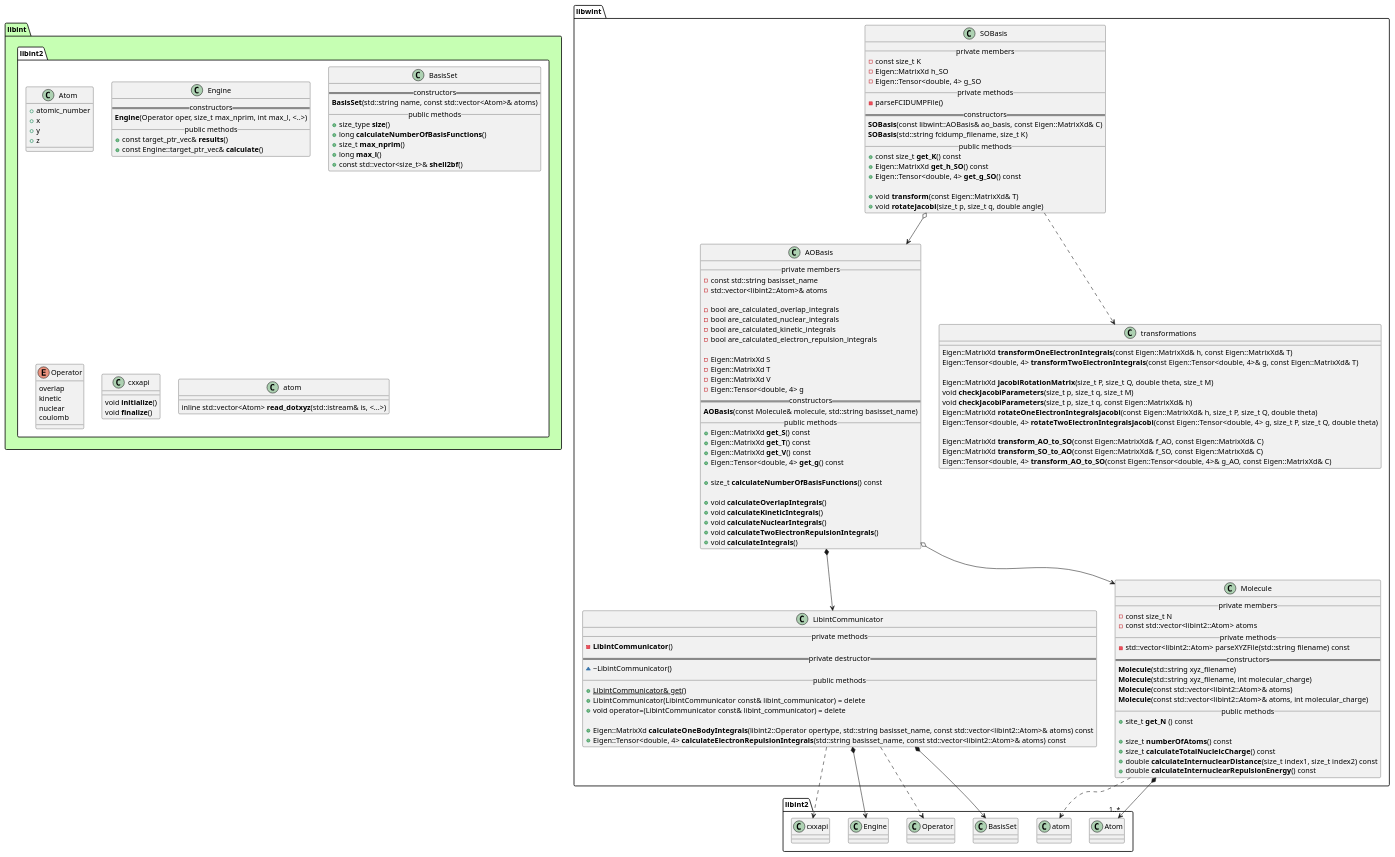
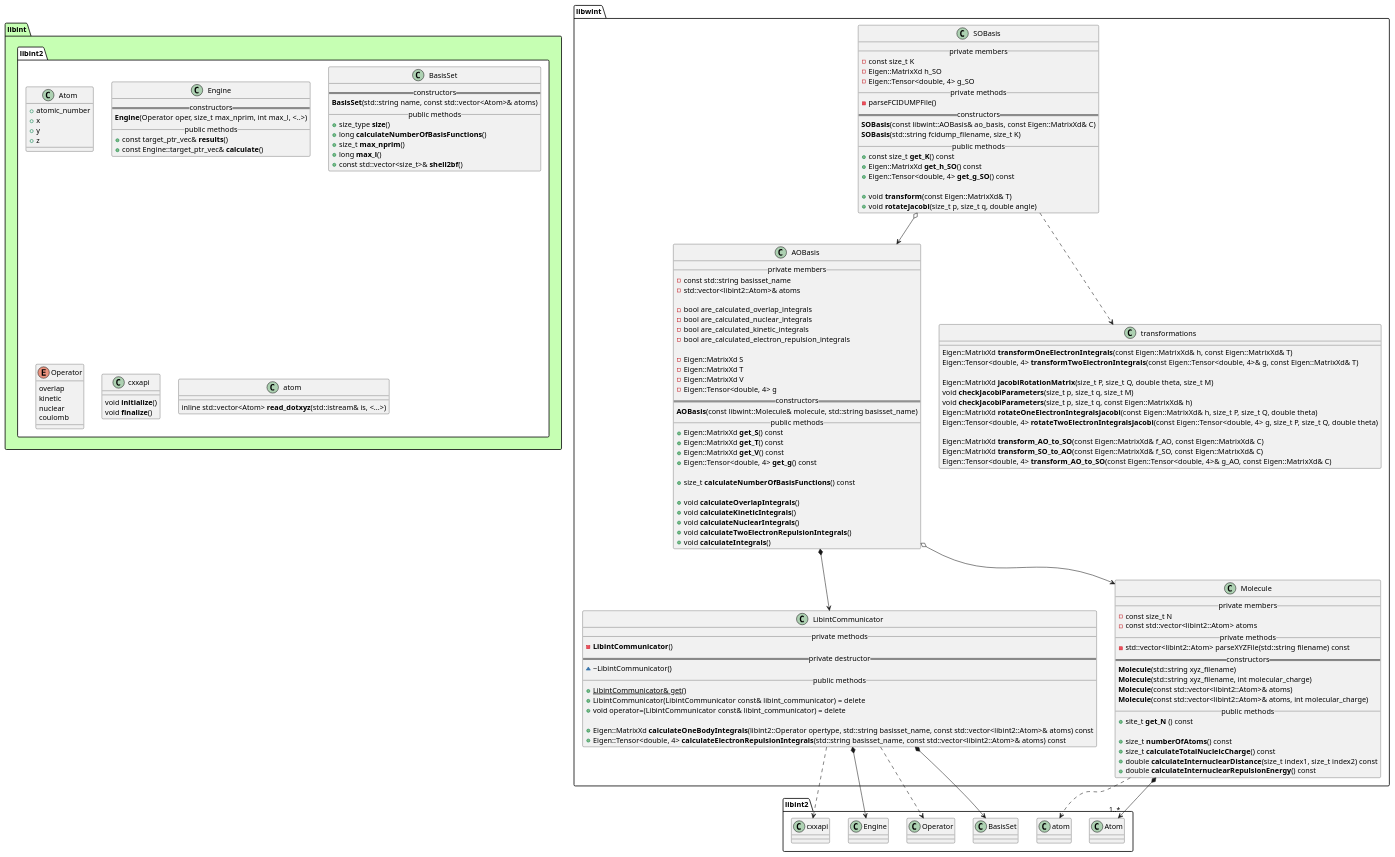
Before and after one commit to tmhuysen/libwint: the diagram in docs/libwint.puml, drawn with PlantUML. The commit also changed 2 other files, not shown here.

```diff
--- a/docs/libwint.puml
+++ b/docs/libwint.puml
@@ -1,179 +1,179 @@
 @startuml
 
 
 
 package libint #c6ffb3 {
     namespace libint2 #ffffff {
         class Atom {
             + atomic_number
             + x
             + y
             + z
         }
 
         class Engine {
             == constructors ==
                 **Engine**(Operator oper, size_t max_nprim, int max_l, <..>)
             __ public methods __
                 + const target_ptr_vec& **results**()
                 + const Engine::target_ptr_vec& **calculate**()
         }
 
         class BasisSet {
             == constructors ==
                 **BasisSet**(std::string name, const std::vector<Atom>& atoms)
             __ public methods __
                 + size_type **size**()
                 + long **calculateNumberOfBasisFunctions**()
                 + size_t **max_nprim**()
                 + long **max_l**()
                 + const std::vector<size_t>& **shell2bf**()
         }
 
         enum Operator {
             overlap
             kinetic
             nuclear
             coulomb
         }
 
         class cxxapi {
                 void **initialize**()
                 void **finalize**()
         }
 
         class atom {
             inline std::vector<Atom> **read_dotxyz**(std::istream& is, <...>)
         }
     }
 }
 
 
 
 
 namespace libwint {
 
     class AOBasis {
         __ private members __
             - const std::string basisset_name
             - std::vector<libint2::Atom>& atoms
 
             - bool are_calculated_overlap_integrals
             - bool are_calculated_nuclear_integrals
             - bool are_calculated_kinetic_integrals
             - bool are_calculated_electron_repulsion_integrals
 
             - Eigen::MatrixXd S
             - Eigen::MatrixXd T
             - Eigen::MatrixXd V
             - Eigen::Tensor<double, 4> g
         == constructors ==
-            **AOBasis**(const Molecule& molecule, std::string basisset_name)
+            **AOBasis**(const libwint::Molecule& molecule, std::string basisset_name)
         __ public methods __
             + Eigen::MatrixXd **get_S**() const
             + Eigen::MatrixXd **get_T**() const
             + Eigen::MatrixXd **get_V**() const
             + Eigen::Tensor<double, 4> **get_g**() const
 
             + size_t **calculateNumberOfBasisFunctions**() const
 
             + void **calculateOverlapIntegrals**()
             + void **calculateKineticIntegrals**()
             + void **calculateNuclearIntegrals**()
             + void **calculateTwoElectronRepulsionIntegrals**()
             + void **calculateIntegrals**()
     }
 
 
     class SOBasis {
         __ private members __
             - const size_t K
             - Eigen::MatrixXd h_SO
             - Eigen::Tensor<double, 4> g_SO
         __ private methods __
             - parseFCIDUMPFile()
         == constructors ==
             **SOBasis**(const libwint::AOBasis& ao_basis, const Eigen::MatrixXd& C)
             **SOBasis**(std::string fcidump_filename, size_t K)
         __ public methods __
             + const size_t **get_K**() const
             + Eigen::MatrixXd **get_h_SO**() const
             + Eigen::Tensor<double, 4> **get_g_SO**() const
 
             + void **transform**(const Eigen::MatrixXd& T)
             + void **rotateJacobi**(size_t p, size_t q, double angle)
     }
 
 
     class transformations {
             Eigen::MatrixXd **transformOneElectronIntegrals**(const Eigen::MatrixXd& h, const Eigen::MatrixXd& T)
             Eigen::Tensor<double, 4> **transformTwoElectronIntegrals**(const Eigen::Tensor<double, 4>& g, const Eigen::MatrixXd& T)
 
             Eigen::MatrixXd **jacobiRotationMatrix**(size_t P, size_t Q, double theta, size_t M)
             void **checkJacobiParameters**(size_t p, size_t q, size_t M)
             void **checkJacobiParameters**(size_t p, size_t q, const Eigen::MatrixXd& h)
             Eigen::MatrixXd **rotateOneElectronIntegralsJacobi**(const Eigen::MatrixXd& h, size_t P, size_t Q, double theta)
             Eigen::Tensor<double, 4> **rotateTwoElectronIntegralsJacobi**(const Eigen::Tensor<double, 4> g, size_t P, size_t Q, double theta)
 
             Eigen::MatrixXd **transform_AO_to_SO**(const Eigen::MatrixXd& f_AO, const Eigen::MatrixXd& C)
             Eigen::MatrixXd **transform_SO_to_AO**(const Eigen::MatrixXd& f_SO, const Eigen::MatrixXd& C)
             Eigen::Tensor<double, 4> **transform_AO_to_SO**(const Eigen::Tensor<double, 4>& g_AO, const Eigen::MatrixXd& C)
 
     }
 
 
     class LibintCommunicator {
         __ private methods __
             - **LibintCommunicator**()
         == private destructor ==
             ~ ~LibintCommunicator()
         __ public methods __
             + {static} LibintCommunicator& get()
             + LibintCommunicator(LibintCommunicator const& libint_communicator) = delete
             + void operator=(LibintCommunicator const& libint_communicator) = delete
 
             + Eigen::MatrixXd **calculateOneBodyIntegrals**(libint2::Operator opertype, std::string basisset_name, const std::vector<libint2::Atom>& atoms) const
             + Eigen::Tensor<double, 4> **calculateElectronRepulsionIntegrals**(std::string basisset_name, const std::vector<libint2::Atom>& atoms) const
     }
 
 
     class Molecule {
         __ private members __
             - const size_t N
             - const std::vector<libint2::Atom> atoms
         __ private methods __
             - std::vector<libint2::Atom> parseXYZFile(std::string filename) const
         == constructors ==
             **Molecule**(std::string xyz_filename)
             **Molecule**(std::string xyz_filename, int molecular_charge)
             **Molecule**(const std::vector<libint2::Atom>& atoms)
             **Molecule**(const std::vector<libint2::Atom>& atoms, int molecular_charge)
         __ public methods __
             + site_t **get_N** () const
 
             + size_t **numberOfAtoms**() const
             + size_t **calculateTotalNucleicCharge**() const
             + double **calculateInternuclearDistance**(size_t index1, size_t index2) const
             + double **calculateInternuclearRepulsionEnergy**() const
     }
 
 }
 
 
 
 libwint.AOBasis o--> libwint.Molecule
 libwint.AOBasis *--> libwint.LibintCommunicator
 
 libwint.LibintCommunicator *--> libint2.BasisSet
 libwint.LibintCommunicator ..> libint2.Operator
 libwint.LibintCommunicator *--> libint2.Engine
 libwint.LibintCommunicator ..> libint2.cxxapi
 
 libwint.Molecule *--> "1..*" libint2.Atom
 libwint.Molecule ..> libint2.atom
 
 libwint.SOBasis ..> libwint.transformations
 libwint.SOBasis o--> libwint.AOBasis
 
 
 @enduml
```
